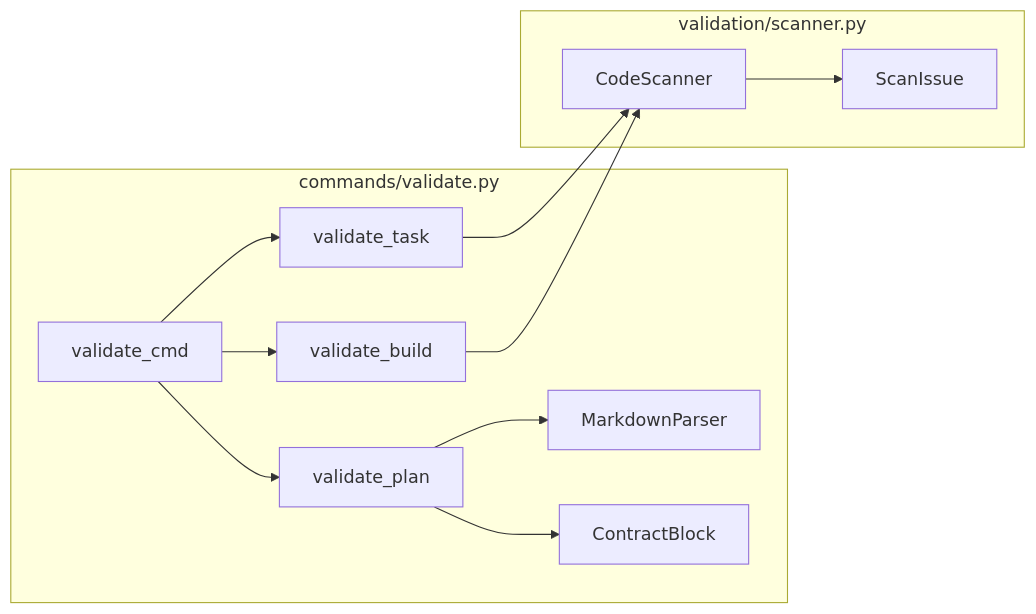
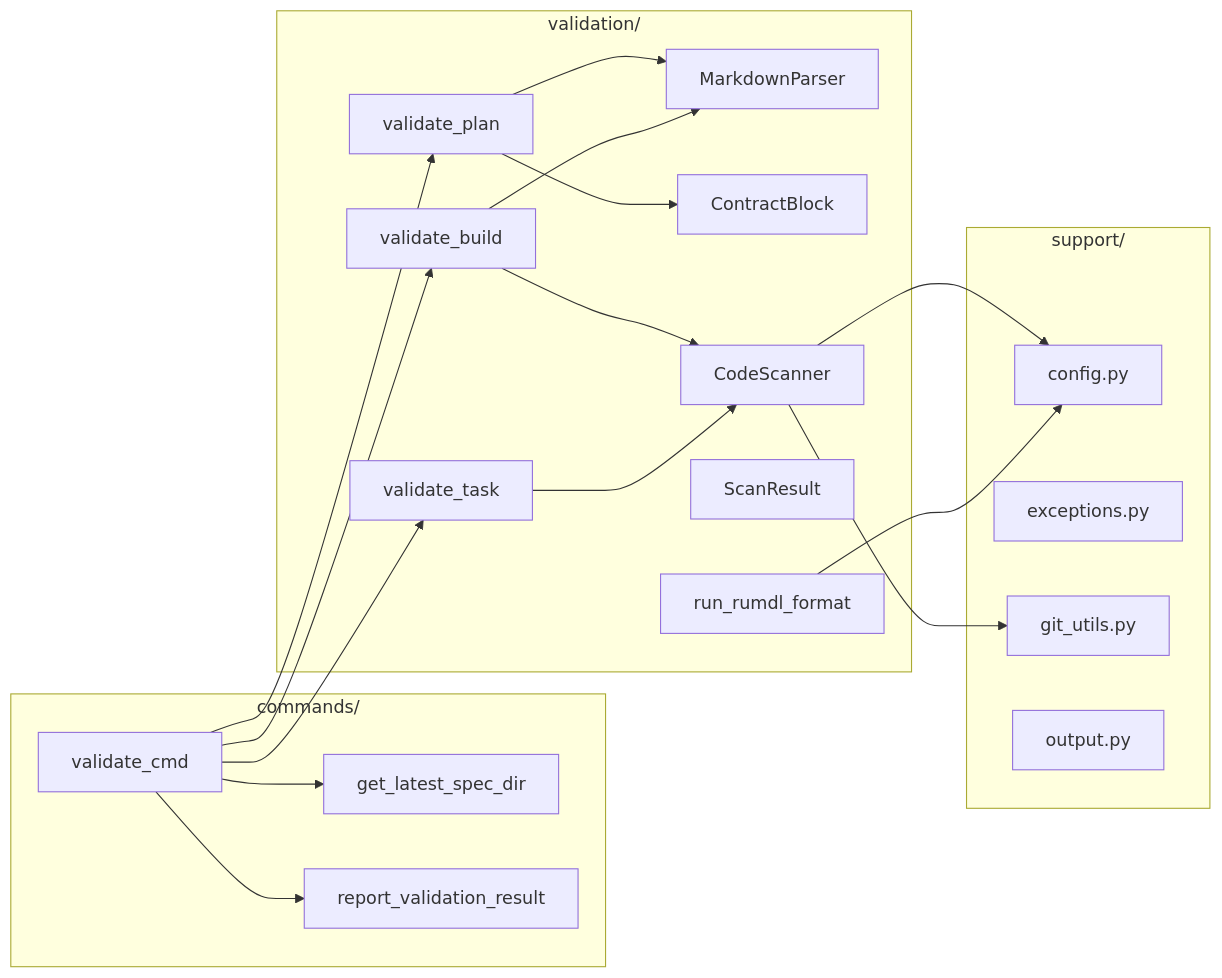
Before and after one commit to longcipher/pb-spec: the third of 4 diagrams in docs/design.md, drawn with Mermaid. The commit also changed other lines of this file and 31 other files, not shown here.

````diff
--- a/docs/design.md
+++ b/docs/design.md
@@ -144,25 +144,40 @@
 ```mermaid
 graph LR
-    subgraph "commands/validate.py"
+    subgraph "commands/"
         VC[validate_cmd]
+        DIS[get_latest_spec_dir]
+        RPT[report_validation_result]
+    end
+
+    subgraph "validation/"
         VP[validate_plan]
         VB[validate_build]
         VT[validate_task]
         MP[MarkdownParser]
         CB[ContractBlock]
+        SC[CodeScanner]
+        SI[ScanResult]
+        RD[run_rumdl_format]
     end
 
-    subgraph "validation/scanner.py"
-        CS[CodeScanner]
-        SI[ScanIssue]
+    subgraph "support/"
+        CFG[config.py]
+        EXC[exceptions.py]
+        GIT[git_utils.py]
+        OUT[output.py]
     end
 
     VC --> VP
     VC --> VB
     VC --> VT
+    VC --> DIS
+    VC --> RPT
     VP --> MP
     VP --> CB
-    VT --> CS
-    VB --> CS
-    CS --> SI
+    VB --> SC
+    VB --> MP
+    VT --> SC
+    SC --> GIT
+    SC --> CFG
+    RD --> CFG
 ```
````
